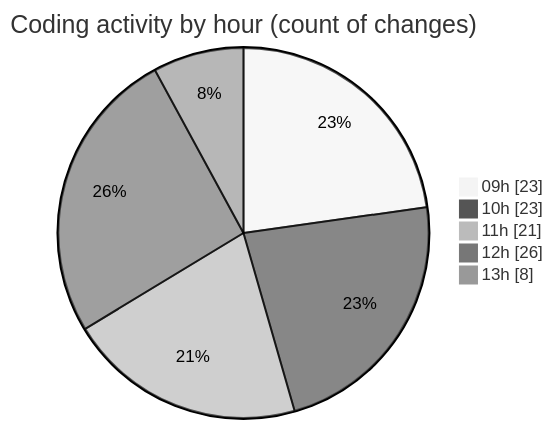
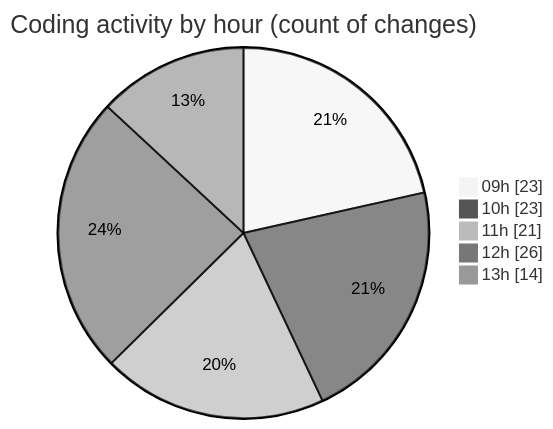
One commit to momahboobian/code-tracking changed the second of 2 diagrams in 2025-12-04/cda/README.md. Above: the diagram before and after it, drawn with Mermaid (neutral theme). The commit also changed other lines of this file and 1 other file, not shown here.

````diff
--- a/2025-12-04/cda/README.md
+++ b/2025-12-04/cda/README.md
@@ -37,9 +37,9 @@
 ```mermaid
 pie showData
 title Coding activity by hour (count of changes)
 "09h" : 23
 "10h" : 23
 "11h" : 21
 "12h" : 26
-"13h" : 8
+"13h" : 14
 ```
````
